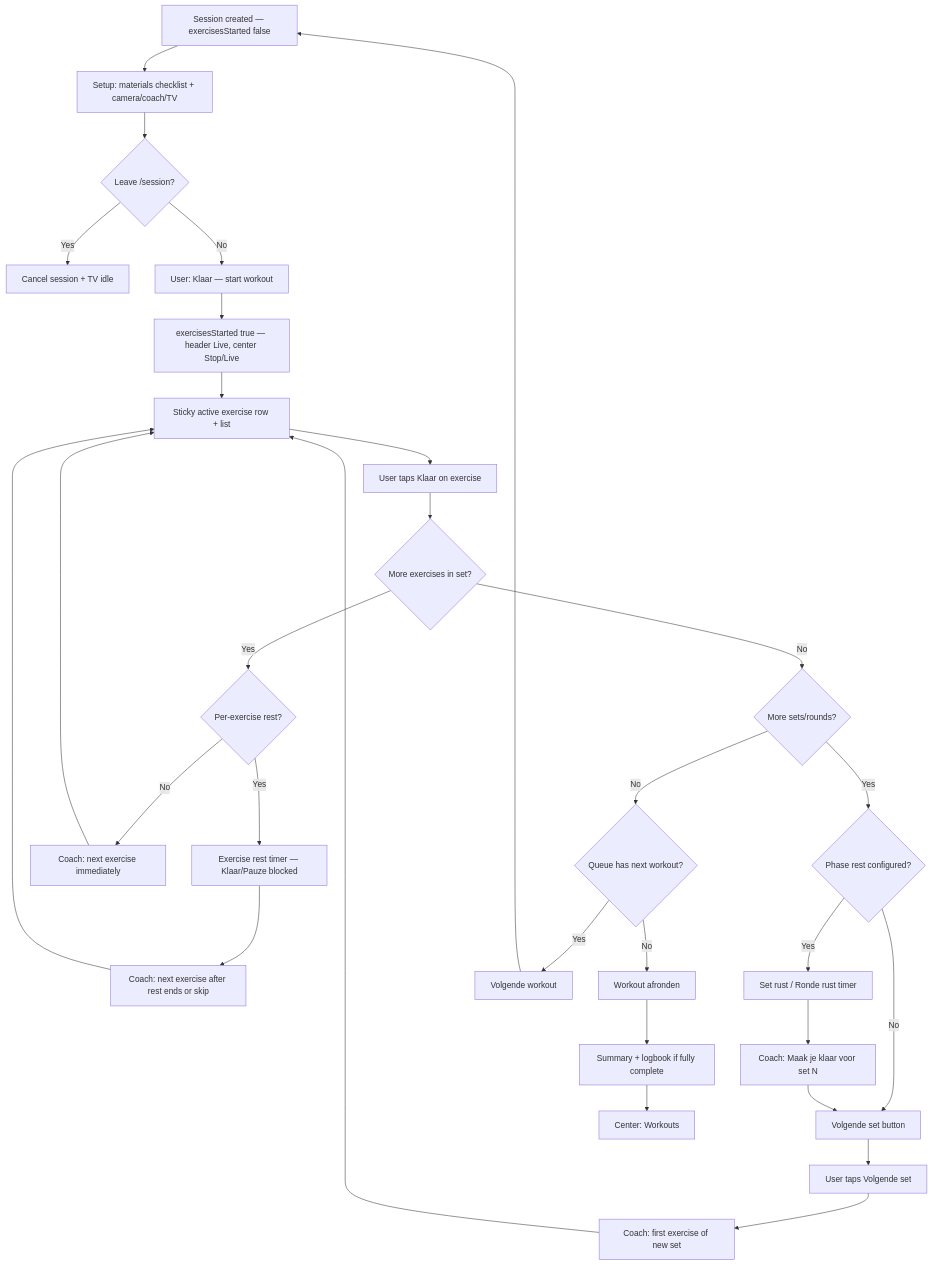
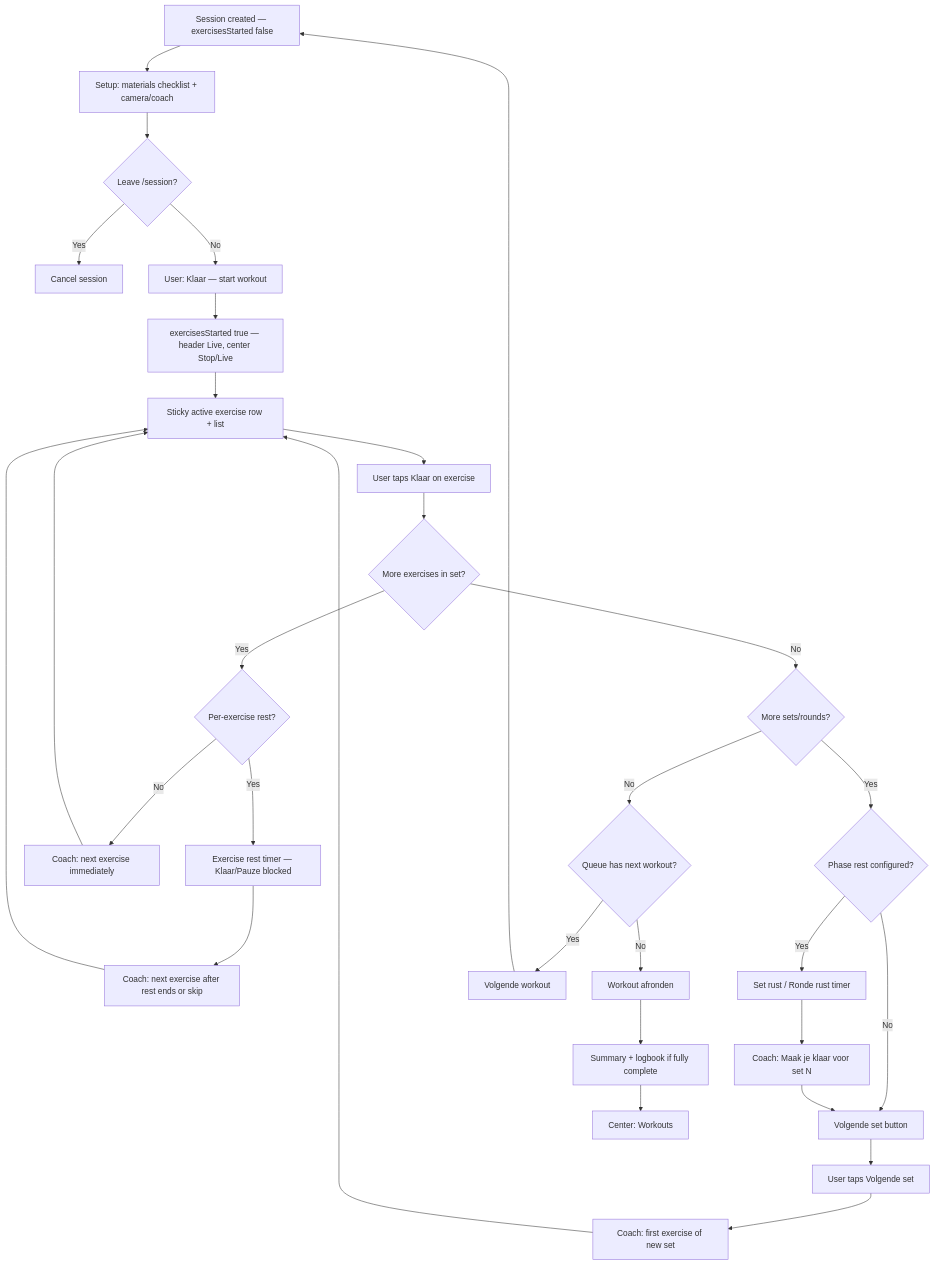
One commit to ingmarstruijs/solo changed the third of 4 diagrams in ARCHITECTURE.md. Above: the diagram before and after it, drawn with Mermaid. The commit also changed other lines of this file and 47 other files, not shown here.

````diff
--- a/ARCHITECTURE.md
+++ b/ARCHITECTURE.md
@@ -110,32 +103,32 @@
 ```mermaid
 graph TD
-  A[Session created — exercisesStarted false] --> B[Setup: materials checklist + camera/coach/TV]
+  A[Session created — exercisesStarted false] --> B[Setup: materials checklist + camera/coach]
   B --> C{Leave /session?}
-  C -- Yes --> D[Cancel session + TV idle]
+  C -- Yes --> D[Cancel session]
   C -- No --> E[User: Klaar — start workout]
   E --> F[exercisesStarted true — header Live, center Stop/Live]
   F --> G[Sticky active exercise row + list]
   G --> H[User taps Klaar on exercise]
   H --> I{More exercises in set?}
   I -- Yes --> J{Per-exercise rest?}
   J -- Yes --> K[Exercise rest timer — Klaar/Pauze blocked]
   K --> L[Coach: next exercise after rest ends or skip]
   L --> G
   J -- No --> M[Coach: next exercise immediately]
   M --> G
   I -- No --> N{More sets/rounds?}
   N -- Yes --> O{Phase rest configured?}
   O -- Yes --> P[Set rust / Ronde rust timer]
   O -- No --> Q[Volgende set button]
   P --> R[Coach: Maak je klaar voor set N]
   R --> Q
   Q --> S[User taps Volgende set]
   S --> T[Coach: first exercise of new set]
   T --> G
   N -- No --> U{Queue has next workout?}
   U -- Yes --> V[Volgende workout]
   V --> A
   U -- No --> W[Workout afronden]
   W --> X[Summary + logbook if fully complete]
   X --> Y[Center: Workouts]
 ```
````
